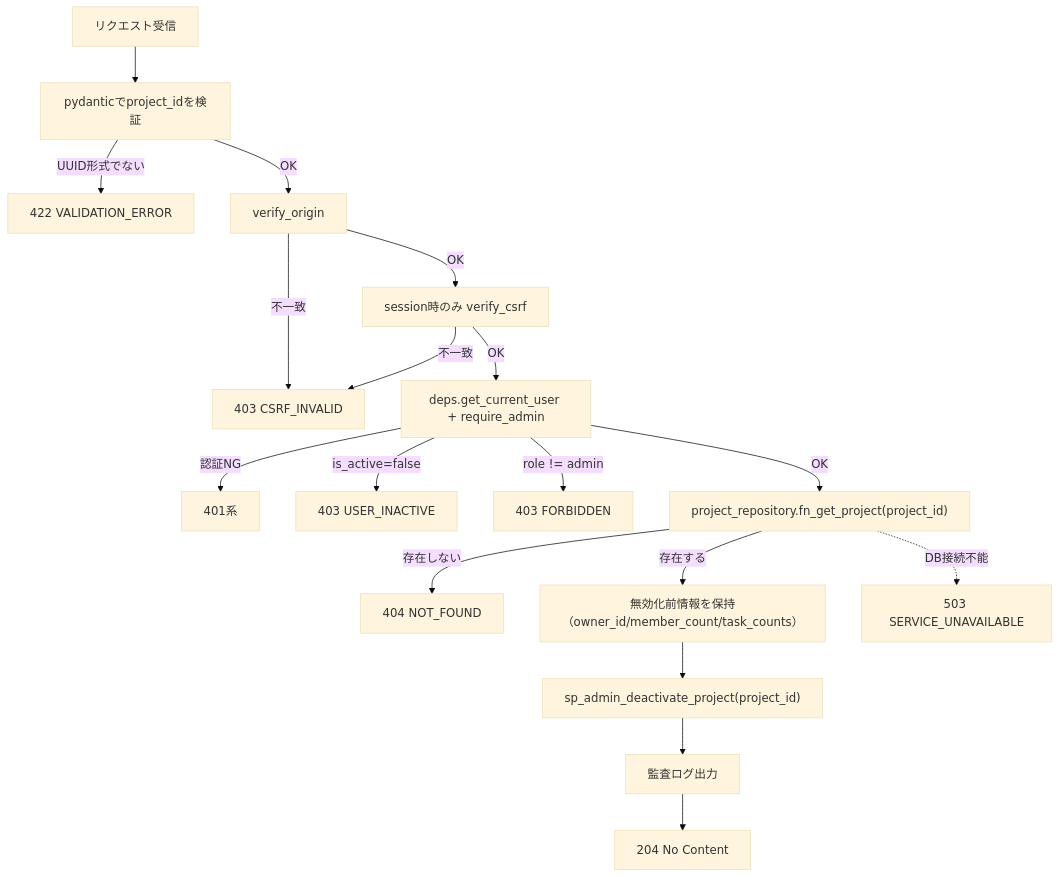
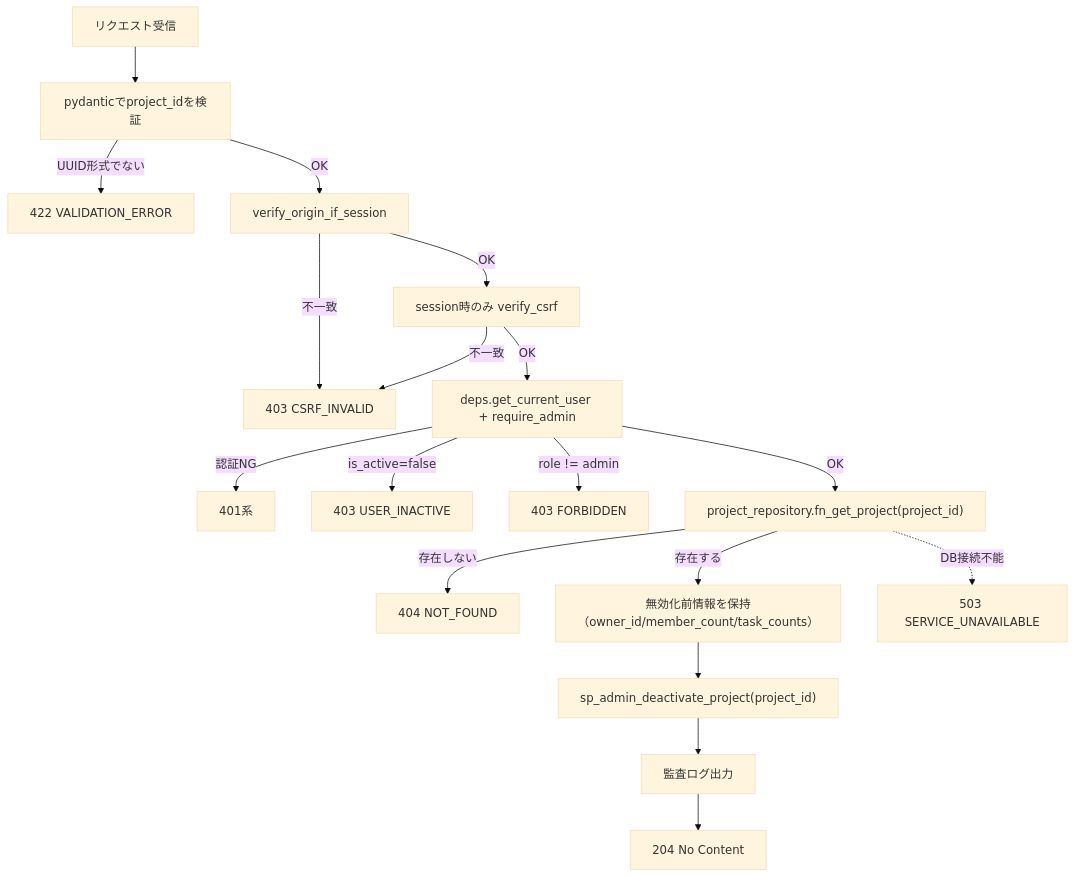
The second of 4 diagrams in docs/detailed_design/api/admin/06_delete_admin_project.md (oikawa-d/task_management), drawn with Mermaid (base theme) before and after one commit. The commit also changed other lines of this file and 31 other files, not shown here.

````diff
--- a/docs/detailed_design/api/admin/06_delete_admin_project.md
+++ b/docs/detailed_design/api/admin/06_delete_admin_project.md
@@ -119,20 +119,20 @@
 ```mermaid
 flowchart TB
     A["リクエスト受信"] --> B["pydanticでproject_idを検証"]
     B -->|"UUID形式でない"| B1["422 VALIDATION_ERROR"]
-    B -->|"OK"| C["verify_origin"]
+    B -->|"OK"| C["verify_origin_if_session"]
     C -->|"不一致"| C1["403 CSRF_INVALID"]
     C -->|"OK"| D["session時のみ verify_csrf"]
     D -->|"不一致"| C1
     D -->|"OK"| E["deps.get_current_user + require_admin"]
     E -->|"認証NG"| E1["401系"]
     E -->|"is_active=false"| E2["403 USER_INACTIVE"]
     E -->|"role != admin"| E3["403 FORBIDDEN"]
     E -->|"OK"| F["project_repository.fn_get_project(project_id)"]
     F -->|"存在しない"| F1["404 NOT_FOUND"]
     F -->|"存在する"| G["無効化前情報を保持<br/>（owner_id/member_count/task_counts）"]
     G --> H["sp_admin_deactivate_project(project_id)"]
     H --> I["監査ログ出力"]
     I --> J["204 No Content"]
     F -.->|"DB接続不能"| K["503 SERVICE_UNAVAILABLE"]
 ```
````
